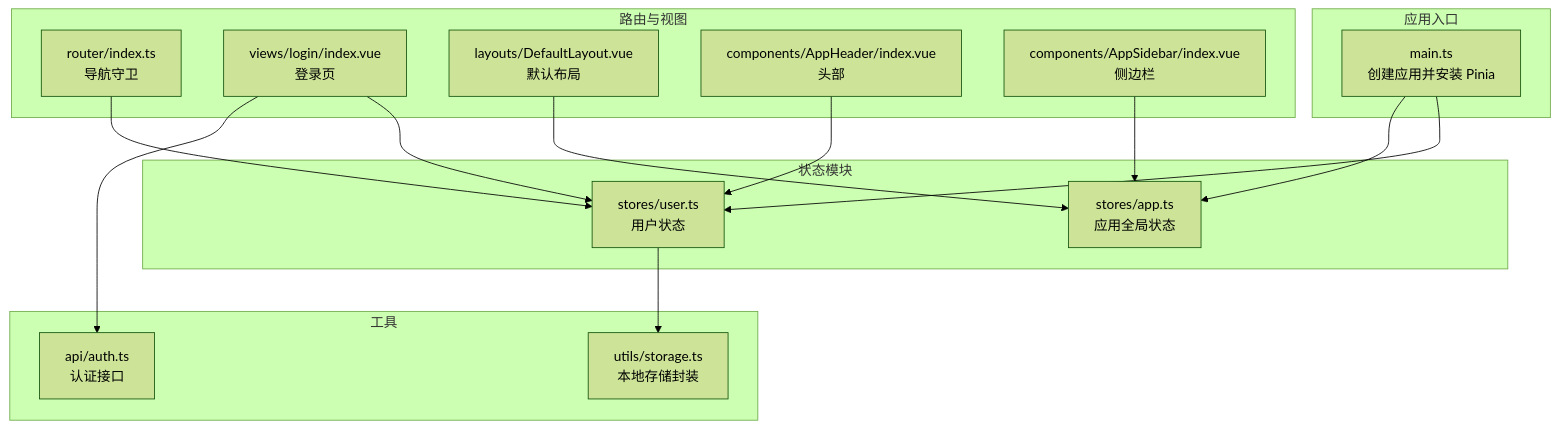
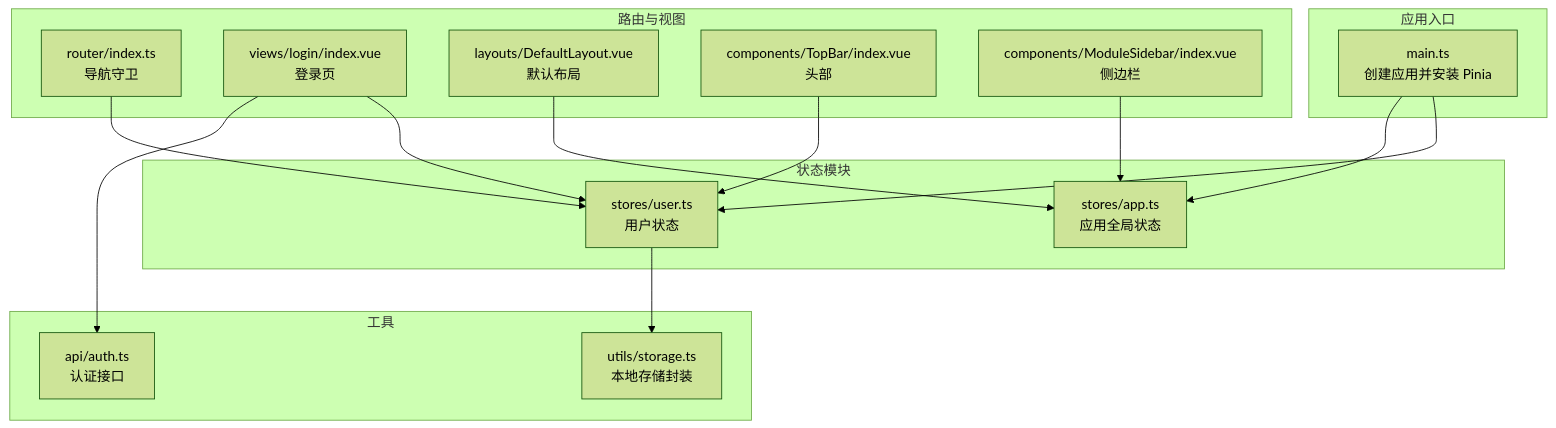
One commit to War-Blood/WX_APP_OA changed the first of 7 diagrams in .AI/Wiki/Web 管理后台/状态管理.md. Above: the diagram before and after it, drawn with Mermaid (forest theme). The commit also changed other lines of this file and 107 other files, not shown here.

````diff
--- a/.AI/Wiki/Web 管理后台/状态管理.md
+++ b/.AI/Wiki/Web 管理后台/状态管理.md
@@ -38,30 +38,30 @@
 ```mermaid
 graph TB
 subgraph "应用入口"
 M["main.ts<br/>创建应用并安装 Pinia"]
 end
 subgraph "状态模块"
 U["stores/user.ts<br/>用户状态"]
 A["stores/app.ts<br/>应用全局状态"]
 end
 subgraph "路由与视图"
 R["router/index.ts<br/>导航守卫"]
 L["views/login/index.vue<br/>登录页"]
 DL["layouts/DefaultLayout.vue<br/>默认布局"]
-AH["components/AppHeader/index.vue<br/>头部"]
-AS["components/AppSidebar/index.vue<br/>侧边栏"]
+AH["components/TopBar/index.vue<br/>头部"]
+AS["components/ModuleSidebar/index.vue<br/>侧边栏"]
 end
 subgraph "工具"
 S["utils/storage.ts<br/>本地存储封装"]
 API["api/auth.ts<br/>认证接口"]
 end
 M --> U
 M --> A
 R --> U
 L --> U
 DL --> A
 AH --> U
 AS --> A
 U --> S
 L --> API
 ```
````
